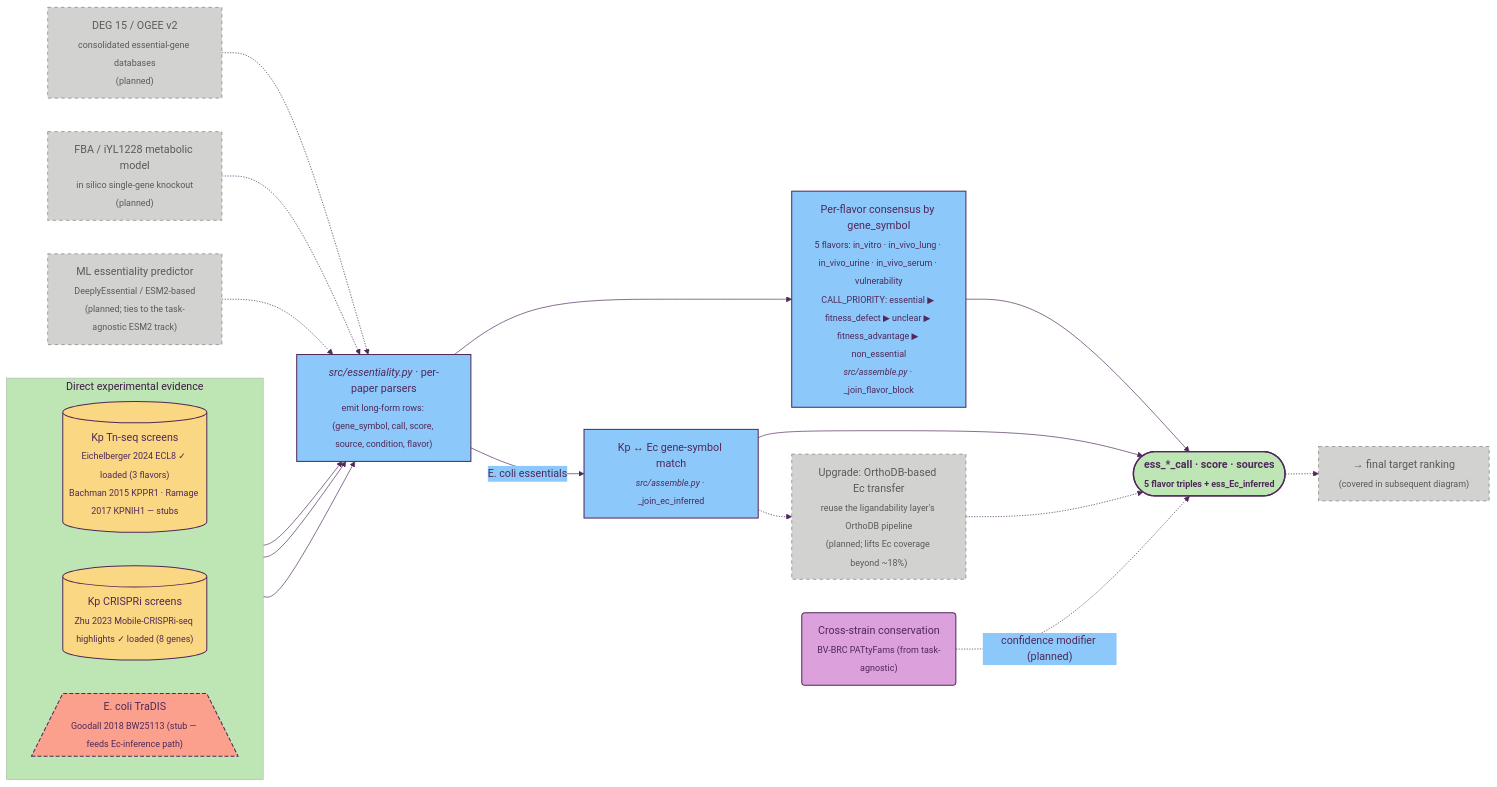
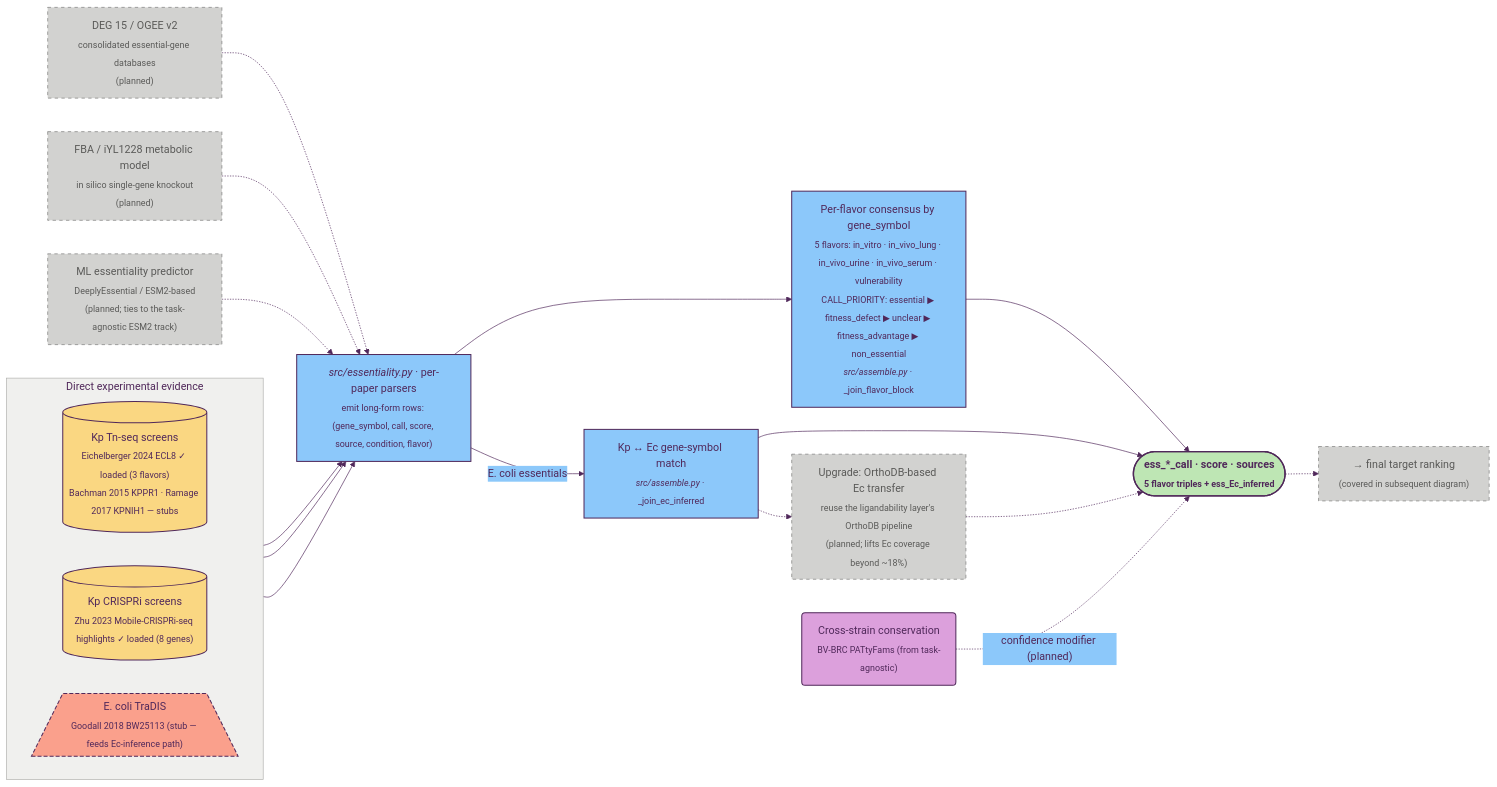
The diagram in docs/04_essentiality.md (ersilia-os/gradi-target-prioritization), drawn with Mermaid before and after one commit. The commit also changed 4 other files, not shown here.

Commit message:
diagramming

````diff
--- a/docs/04_essentiality.md
+++ b/docs/04_essentiality.md
@@ -15,43 +15,44 @@
 ```mermaid
-%%{init: {'theme':'base','themeVariables':{'primaryColor':'#FAD782','primaryBorderColor':'#50285A','primaryTextColor':'#50285A','lineColor':'#50285A','secondaryColor':'#8CC8FA','tertiaryColor':'#BEE6B4','fontFamily':'Inter, system-ui, sans-serif'}}}%%
+%%{init: {'theme':'base','themeVariables':{'primaryColor':'#FAD782','primaryBorderColor':'#50285A','primaryTextColor':'#50285A','lineColor':'#50285A','secondaryColor':'#8CC8FA','tertiaryColor':'#BEE6B4','clusterBkg':'#F0F0EE','clusterBorder':'#B0B0AE','titleColor':'#50285A','fontFamily':'Inter, system-ui, sans-serif'}}}%%
 flowchart LR
     classDef source    fill:#AA96FA,stroke:#50285A,stroke-width:1.5px,color:#1F0F2E
     classDef dataset   fill:#FAD782,stroke:#50285A,stroke-width:1.5px,color:#50285A
     classDef method    fill:#8CC8FA,stroke:#50285A,stroke-width:1.5px,color:#50285A
+    classDef embedding fill:#8CC8FA,stroke:#50285A,stroke-width:1.5px,color:#50285A
     classDef result    fill:#BEE6B4,stroke:#50285A,stroke-width:2px,color:#50285A,font-weight:bold
     classDef tagnostic fill:#DCA0DC,stroke:#50285A,stroke-width:1.5px,color:#50285A
     classDef stub      fill:#FAA08C,stroke:#50285A,stroke-width:1.5px,stroke-dasharray:6 3,color:#50285A
     classDef planned   fill:#D2D2D0,stroke:#7A7A78,stroke-width:1px,stroke-dasharray:5 5,color:#5A5A58
 
     subgraph DIRECT [" Direct experimental evidence "]
         direction LR
         TNS[("Kp Tn-seq screens<br/><sub>Eichelberger 2024 ECL8 ✓ loaded (3 flavors)</sub><br/><sub>Bachman 2015 KPPR1 · Ramage 2017 KPNIH1 — stubs</sub>")]:::dataset
         CRI[("Kp CRISPRi screens<br/><sub>Zhu 2023 Mobile-CRISPRi-seq highlights ✓ loaded (8 genes)</sub>")]:::dataset
         ECO[/"E. coli TraDIS<br/><sub>Goodall 2018 BW25113 (stub — feeds Ec-inference path)</sub>"\]:::stub
     end
 
     DEG["DEG 15 / OGEE v2<br/><sub>consolidated essential-gene databases</sub><br/><sub>(planned)</sub>"]:::planned
     FBA["FBA / iYL1228 metabolic model<br/><sub>in silico single-gene knockout</sub><br/><sub>(planned)</sub>"]:::planned
     ML["ML essentiality predictor<br/><sub>DeeplyEssential / ESM2-based</sub><br/><sub>(planned; ties to the task-agnostic ESM2 track)</sub>"]:::planned
 
     TNS --> PARSE["<i>src/essentiality.py</i> · per-paper parsers<br/><sub>emit long-form rows: (gene_symbol, call, score, source, condition, flavor)</sub>"]:::method
     CRI --> PARSE
     ECO --> PARSE
     DEG -.-> PARSE
     FBA -.-> PARSE
     ML  -.-> PARSE
 
     PARSE --> FLAV["Per-flavor consensus by gene_symbol<br/><sub>5 flavors: in_vitro · in_vivo_lung · in_vivo_urine · in_vivo_serum · vulnerability</sub><br/><sub>CALL_PRIORITY: essential ▶ fitness_defect ▶ unclear ▶ fitness_advantage ▶ non_essential</sub><br/><sub><i>src/assemble.py</i> · _join_flavor_block</sub>"]:::method
 
     PARSE -->|"E. coli essentials"| ECINF["Kp ↔ Ec gene-symbol match<br/><sub><i>src/assemble.py</i> · _join_ec_inferred</sub>"]:::method
     ECINF -.-> ORTHO_UP["Upgrade: OrthoDB-based Ec transfer<br/><sub>reuse the ligandability layer's OrthoDB pipeline</sub><br/><sub>(planned; lifts Ec coverage beyond ~18%)</sub>"]:::planned
 
     CONS("Cross-strain conservation<br/><sub>BV-BRC PATtyFams (from task-agnostic)</sub>"):::tagnostic
 
     FLAV  --> OUT(["ess_*_call · score · sources<br/><sub>5 flavor triples + ess_Ec_inferred</sub>"]):::result
     ECINF --> OUT
     ORTHO_UP -.-> OUT
     CONS -.->|"confidence modifier (planned)"| OUT
 
     OUT -.-> NEXT["→ final target ranking<br/><sub>(covered in subsequent diagram)</sub>"]:::planned
 ```
````
